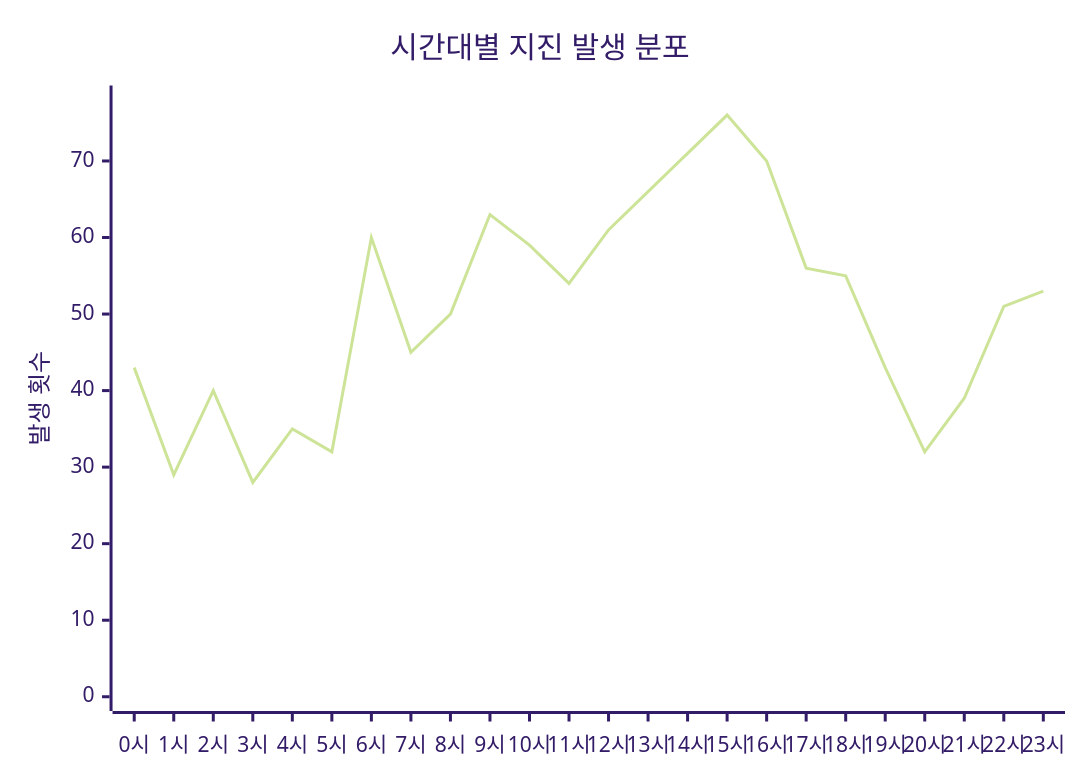
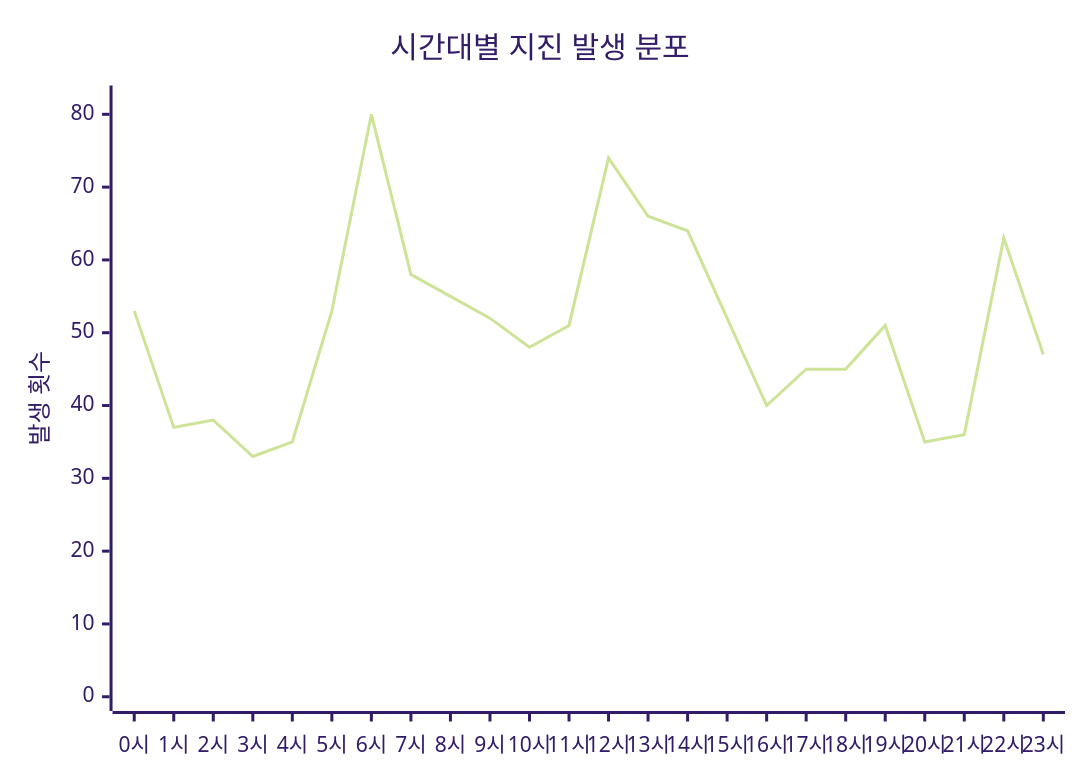
The diagram in charts/time-chart.md (serendip811/japan-eq), drawn with Mermaid (forest theme) before and after one commit. The commit also changed other lines of this file and 5 other files, not shown here.

Commit message:
Update earthquake data and charts Fri Jul  4 07:07:11 UTC 2025

````diff
--- a/charts/time-chart.md
+++ b/charts/time-chart.md
@@ -3,7 +3,7 @@
 ```mermaid
 xychart-beta
     title "시간대별 지진 발생 분포"
     x-axis ["0시", "1시", "2시", "3시", "4시", "5시", "6시", "7시", "8시", "9시", "10시", "11시", "12시", "13시", "14시", "15시", "16시", "17시", "18시", "19시", "20시", "21시", "22시", "23시"]
-    y-axis "발생 횟수" 0 --> 78
-    line [43, 29, 40, 28, 35, 32, 60, 45, 50, 63, 59, 54, 61, 66, 71, 76, 70, 56, 55, 43, 32, 39, 51, 53]
+    y-axis "발생 횟수" 0 --> 82
+    line [53, 37, 38, 33, 35, 53, 80, 58, 55, 52, 48, 51, 74, 66, 64, 52, 40, 45, 45, 51, 35, 36, 63, 47]
 ```
````
